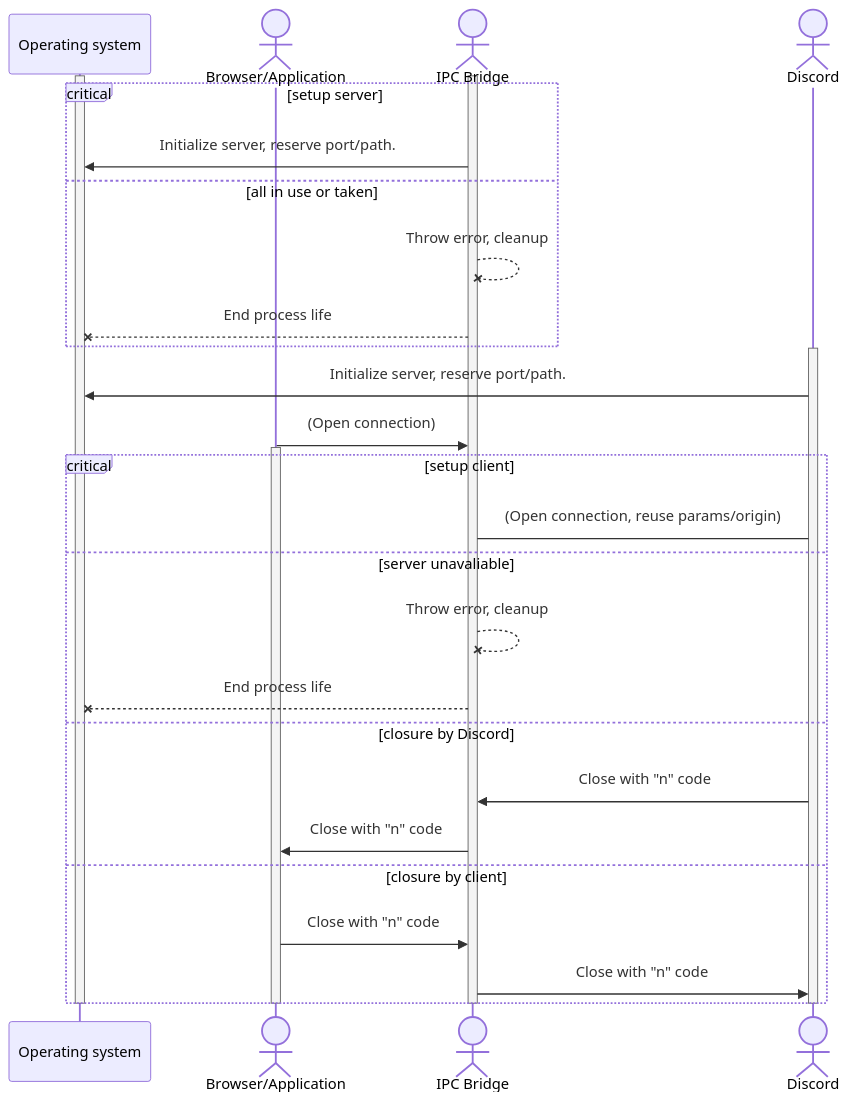
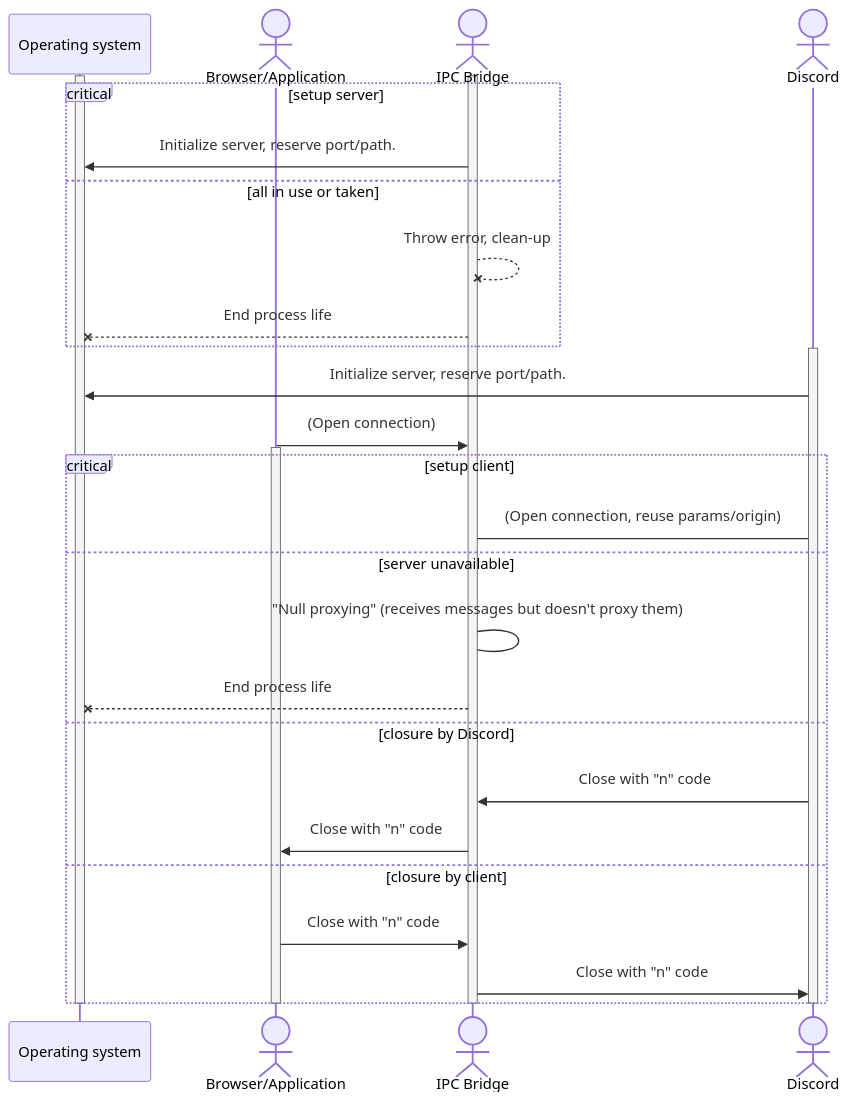
One commit to SpacingBat3/discord-ipc-proxy changed the diagram in Readme.md. Above: the diagram before and after it, drawn with Mermaid. The commit also changed other lines of this file, not shown here.

````diff
--- a/Readme.md
+++ b/Readme.md
@@ -37,35 +35,35 @@
 ```mermaid
 sequenceDiagram
   participant OS as Operating system
   actor C as Browser/Application
   actor B as IPC Bridge
   actor S as Discord
   activate OS;
   activate B;
   critical setup server
     B->>OS: Initialize server, reserve port/path.
   option all in use or taken
-    B--XB: Throw error, cleanup
+    B--XB: Throw error, clean-up
     B--XOS: End process life
   end
   activate S;
   S->>OS: Initialize server, reserve port/path.
   C->>B: (Open connection)
   activate C;
   critical setup client
     B->S: (Open connection, reuse params/origin)
-  option server unavaliable
-    B--XB: Throw error, cleanup
+  option server unavailable
+    B->B: "Null proxying" (receives messages but doesn't proxy them)
     B--XOS: End process life
   option closure by Discord
     S->>B: Close with "n" code
     B->>C: Close with "n" code
   option closure by client
     C->>B: Close with "n" code
     B->>S: Close with "n" code
   end
   deactivate C;
   deactivate S;
   deactivate B;
   deactivate OS;
 ```
````
